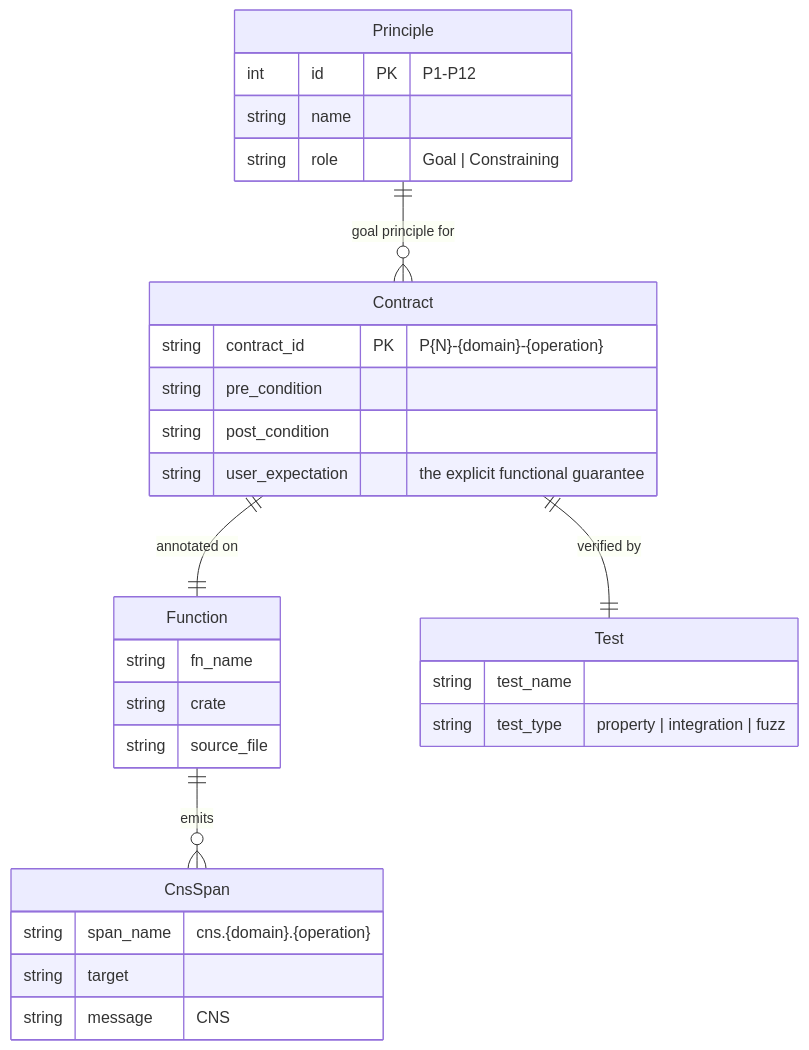
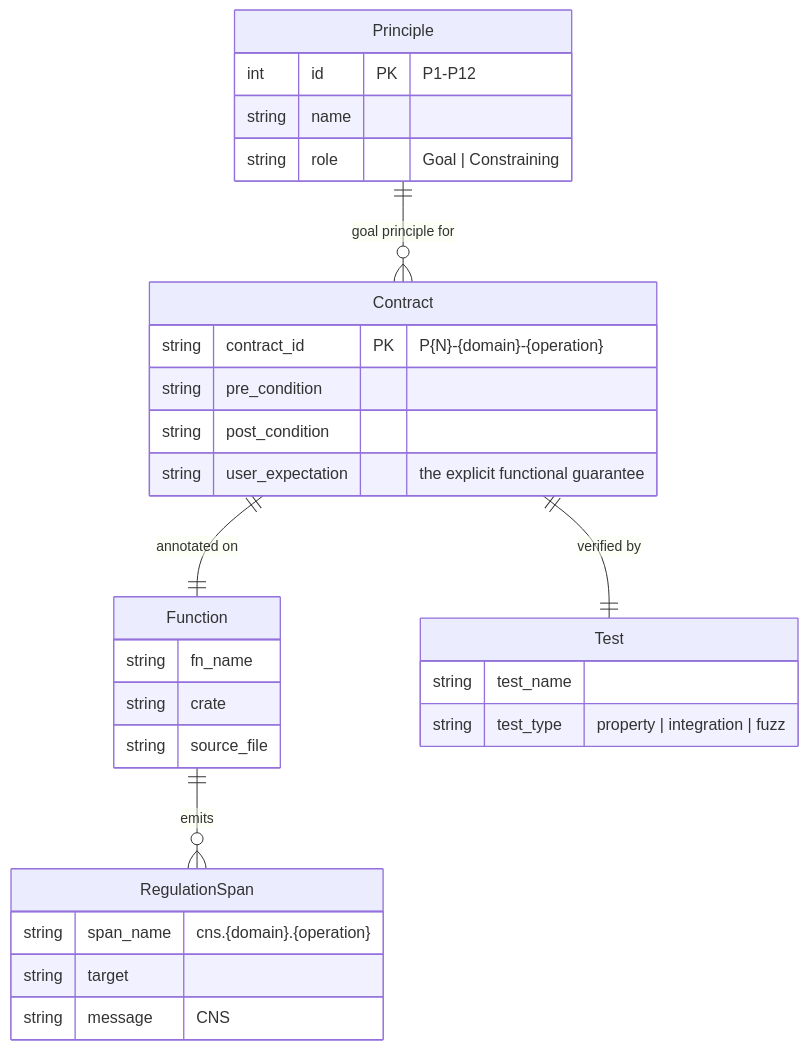
Diagram 14 of 14 in docs/architecture/core/FUNCTIONAL_SPECIFICATION.md (mdz-axo/hKask), drawn with Mermaid before and after one commit. The commit also changed other lines of this file and 35 other files, not shown here.

First line of the commit message:
document update - name change cns to regulationRename CNS types to regulation terminology in docs

````diff
--- a/docs/architecture/core/FUNCTIONAL_SPECIFICATION.md
+++ b/docs/architecture/core/FUNCTIONAL_SPECIFICATION.md
@@ -1751,32 +1751,32 @@
 ```mermaid
 erDiagram
     Principle ||--o{ Contract : "goal principle for"
     Principle {
         int id PK "P1-P12"
         string name
         string role "Goal | Constraining"
     }
     Contract {
         string contract_id PK "P{N}-{domain}-{operation}"
         string pre_condition
         string post_condition
         string user_expectation "the explicit functional guarantee"
     }
     Contract ||--|| Function : "annotated on"
     Function {
         string fn_name
         string crate
         string source_file
     }
     Contract ||--|| Test : "verified by"
     Test {
         string test_name
         string test_type "property | integration | fuzz"
     }
-    Function ||--o{ CnsSpan : "emits"
-    CnsSpan {
+    Function ||--o{ RegulationSpan : "emits"
+    RegulationSpan {
         string span_name "cns.{domain}.{operation}"
         string target
         string message "CNS"
     }
 ```
````
